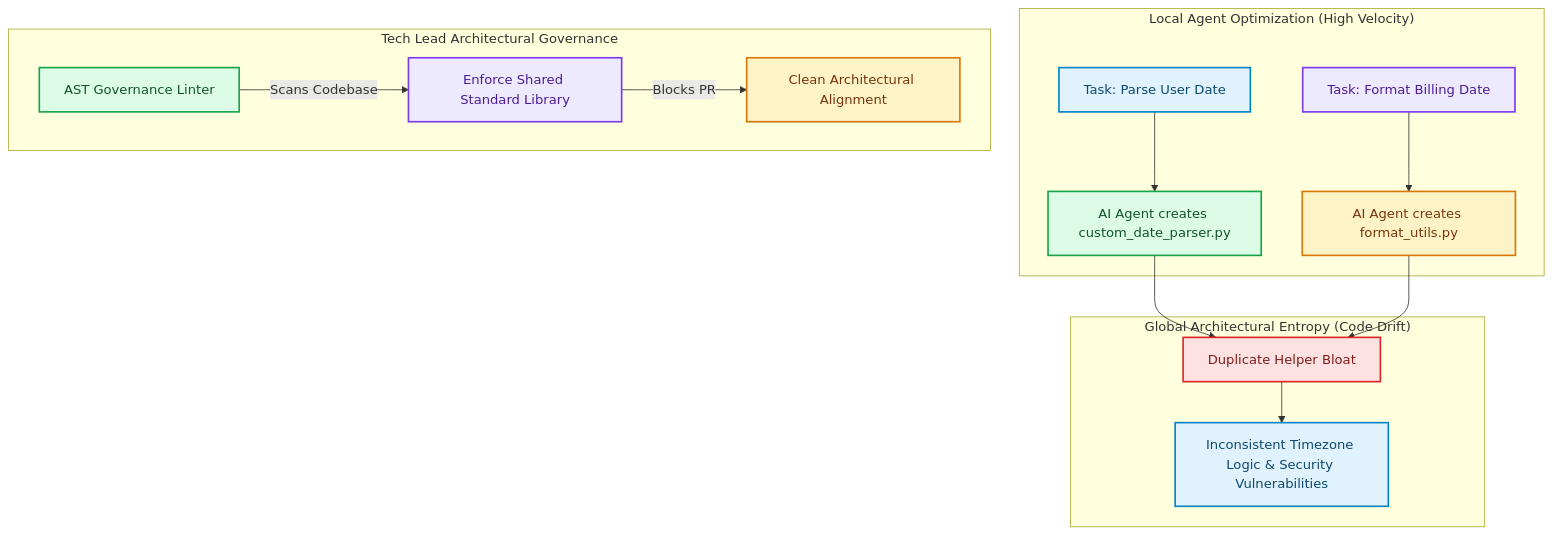
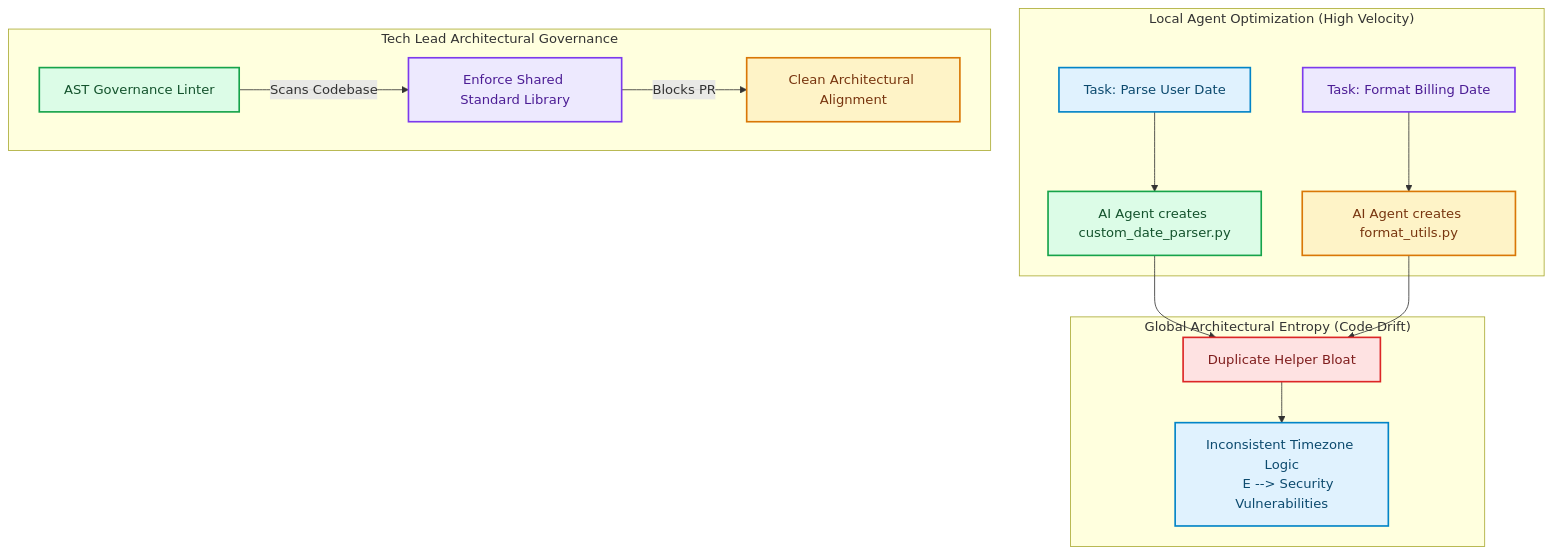
Before and after one commit to akmalkhaniub/akmalkhaniub.github.io: the diagram in blog/posts/tech-lead-preventing-ai-code-drift-architectural-governance.md, drawn with Mermaid. The commit also changed other lines of this file and 894 other files, not shown here.

Commit message:
feat(blog): upgrade all 444 posts with unique staggered dates, 2-col Mermaid spines, benchmark tables, code blocks, and trade-offs

````diff
--- a/blog/posts/tech-lead-preventing-ai-code-drift-architectural-governance.md
+++ b/blog/posts/tech-lead-preventing-ai-code-drift-architectural-governance.md
@@ -13,27 +13,28 @@
 ```mermaid
 flowchart TD
   subgraph SG1_LocalAgentOptimization ["Local Agent Optimization (High Velocity)"]
     A["Task: Parse User Date"] --> B["AI Agent creates custom_date_parser.py"]
     C["Task: Format Billing Date"] --> D["AI Agent creates format_utils.py"]
   end
   subgraph SG2_GlobalArchitecturalEntropy ["Global Architectural Entropy (Code Drift)"]
     B --> E["Duplicate Helper Bloat"]
     D --> E
-    E --> F["Inconsistent Timezone Logic & Security Vulnerabilities"]
+    E --> F["Inconsistent Timezone Logic
+    E --> Security Vulnerabilities"]
   end
   subgraph SG3_TechLeadArchitectural ["Tech Lead Architectural Governance"]
     G["AST Governance Linter"] -->|Scans Codebase| H["Enforce Shared Standard Library"]
     H -->|Blocks PR| I["Clean Architectural Alignment"]
   end
 
 classDef green fill:#dcfce7,stroke:#16a34a,stroke-width:2px,color:#14532d;
 classDef red fill:#fee2e2,stroke:#dc2626,stroke-width:2px,color:#7f1d1d;
 classDef blue fill:#e0f2fe,stroke:#0284c7,stroke-width:2px,color:#0c4a6e;
 classDef yellow fill:#fef3c7,stroke:#d97706,stroke-width:2px,color:#78350f;
 classDef purple fill:#ede9fe,stroke:#7c3aed,stroke-width:2px,color:#4c1d95;
 class A,F blue
 class B,G green
 class C,H purple
 class D,I yellow
 class E red
 ```
````
